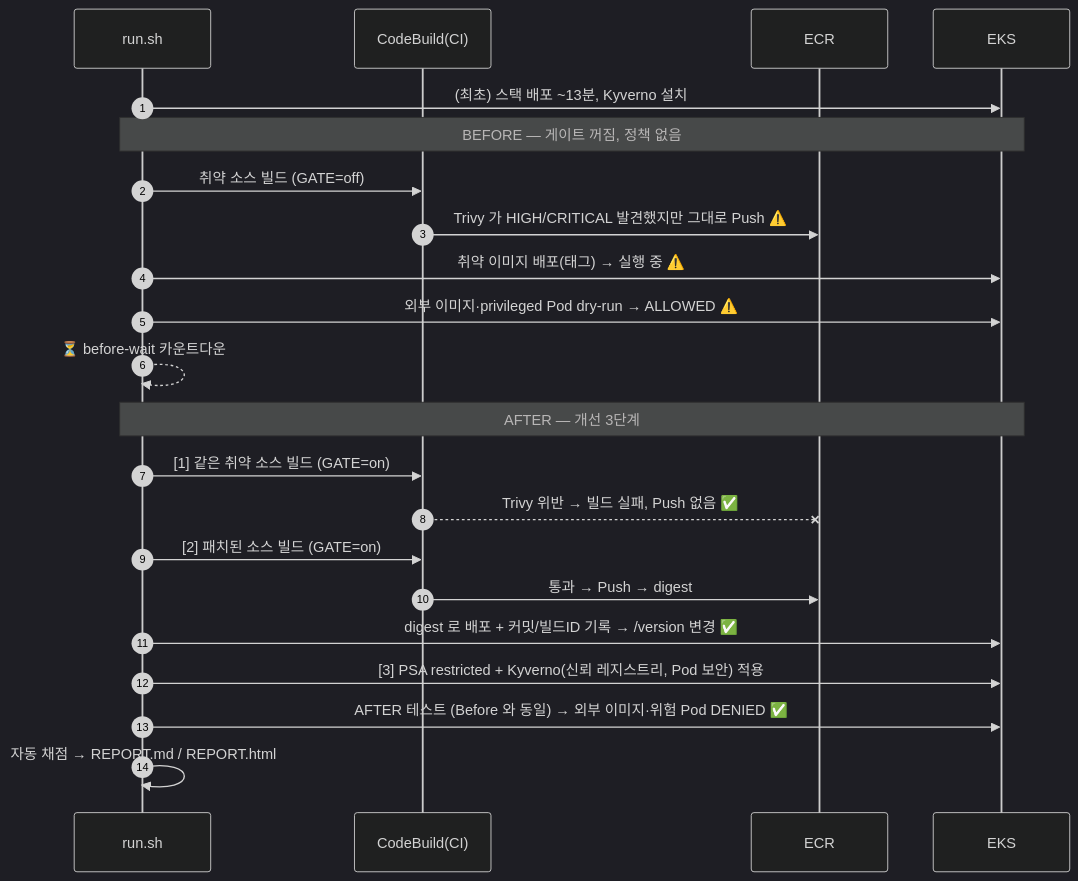
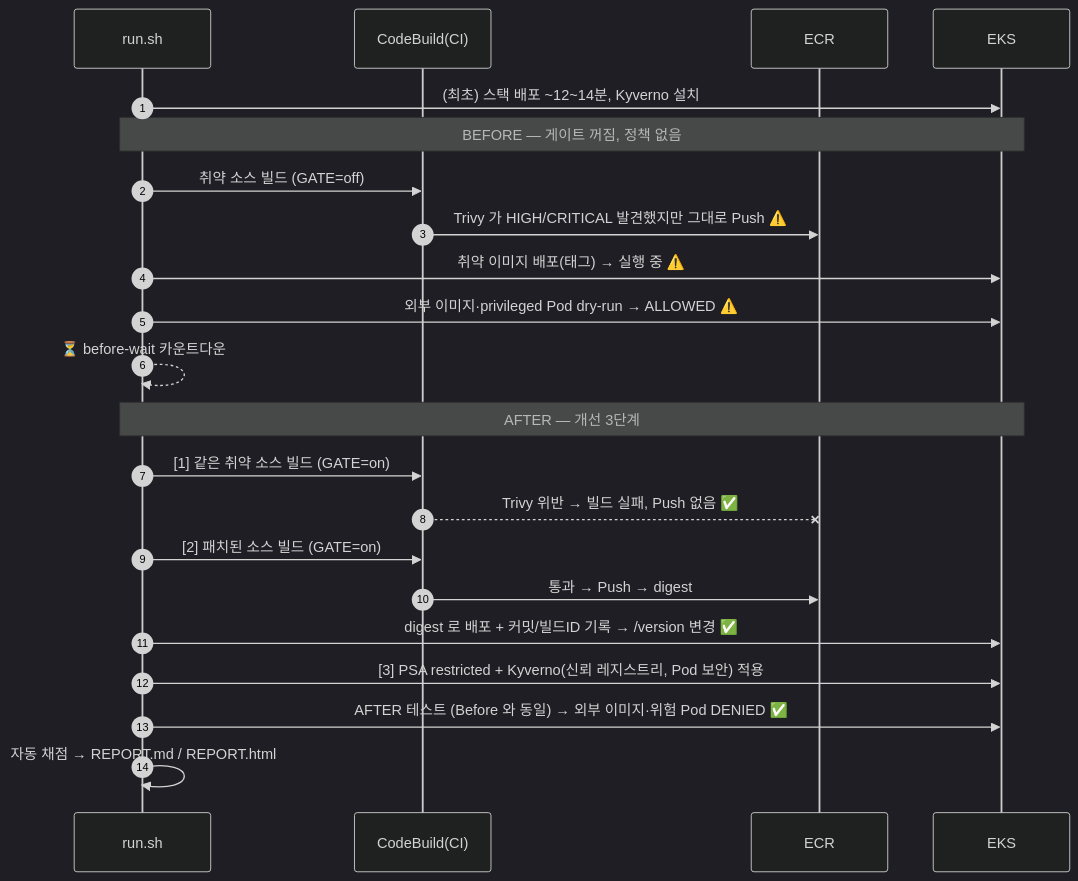
Before and after one commit to kimjhtlzk/hannctl_mentoring: the fourth of 4 diagrams in s3-devsecops-image-gate/README.md, drawn with Mermaid (dark theme). The commit also changed other lines of this file and 184 other files, not shown here.

````diff
--- a/s3-devsecops-image-gate/README.md
+++ b/s3-devsecops-image-gate/README.md
@@ -190,24 +191,24 @@
 ```mermaid
 sequenceDiagram
   autonumber
   participant R as run.sh
   participant CB as CodeBuild(CI)
   participant E as ECR
   participant K as EKS
-  R->>K: (최초) 스택 배포 ~13분, Kyverno 설치
+  R->>K: (최초) 스택 배포 ~12~14분, Kyverno 설치
   Note over R,K: BEFORE — 게이트 꺼짐, 정책 없음
   R->>CB: 취약 소스 빌드 (GATE=off)
   CB->>E: Trivy 가 HIGH/CRITICAL 발견했지만 그대로 Push ⚠️
   R->>K: 취약 이미지 배포(태그) → 실행 중 ⚠️
   R->>K: 외부 이미지·privileged Pod dry-run → ALLOWED ⚠️
   R-->>R: ⏳ before-wait 카운트다운
   Note over R,K: AFTER — 개선 3단계
   R->>CB: [1] 같은 취약 소스 빌드 (GATE=on)
   CB--xE: Trivy 위반 → 빌드 실패, Push 없음 ✅
   R->>CB: [2] 패치된 소스 빌드 (GATE=on)
   CB->>E: 통과 → Push → digest
   R->>K: digest 로 배포 + 커밋/빌드ID 기록 → /version 변경 ✅
   R->>K: [3] PSA restricted + Kyverno(신뢰 레지스트리, Pod 보안) 적용
   R->>K: AFTER 테스트 (Before 와 동일) → 외부 이미지·위험 Pod DENIED ✅
   R->>R: 자동 채점 → REPORT.md / REPORT.html
 ```
````
